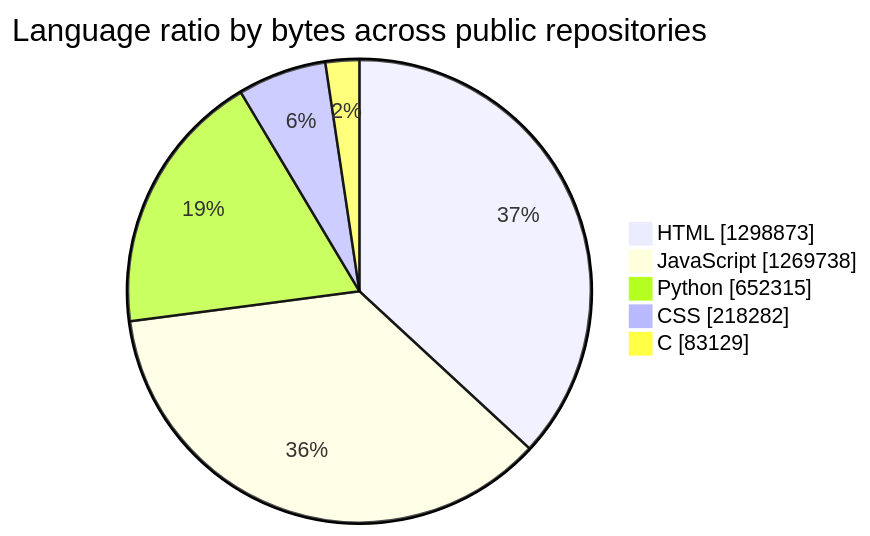
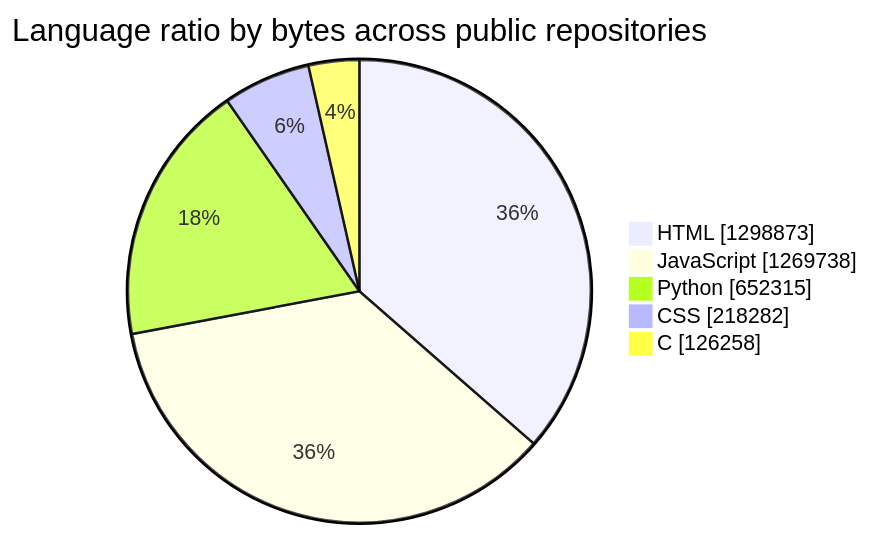
The first of 2 diagrams in README.md (tchinso/tchinso), drawn with Mermaid before and after one commit. The commit also changed other lines of this file, not shown here.

````diff
--- a/README.md
+++ b/README.md
@@ -24,9 +24,9 @@
 ```mermaid
 pie showData
     title Language ratio by bytes across public repositories
     "HTML" : 1298873
     "JavaScript" : 1269738
     "Python" : 652315
     "CSS" : 218282
-    "C" : 83129
+    "C" : 126258
 ```
````
